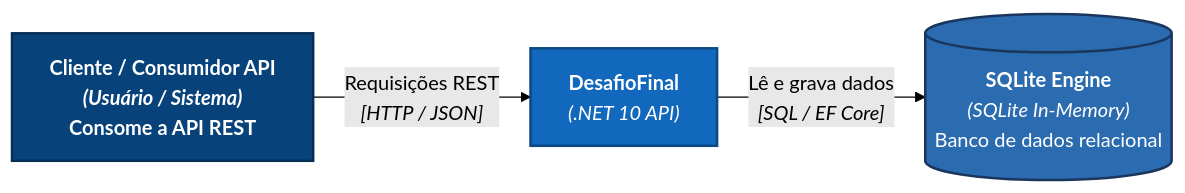
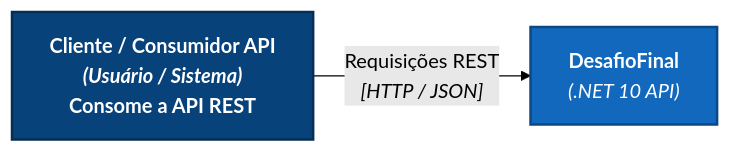
The first of 3 diagrams in DesafioFinal/README.md (JuliermeCosta/DesafioFinal), drawn with Mermaid (forest theme) before and after one commit.

Commit message:
Atualização no README.md

````diff
--- a/DesafioFinal/README.md
+++ b/DesafioFinal/README.md
@@ -4,21 +4,18 @@
 ```mermaid
 flowchart LR
     classDef boundaryStyle fill:#2d3748,stroke:#4a5568,stroke-width:2px,color:#fff,font-weight:bold;
     classDef actorStyle fill:#08427b,stroke:#052e56,stroke-width:2px,color:#fff,font-weight:bold;
     classDef systemStyle fill:#1168bd,stroke:#0b4884,stroke-width:2px,color:#fff;
     classDef extSystemStyle fill:#2b6cb0,stroke:#1a365d,stroke-width:2px,color:#fff;
 
     Cliente["<b>Cliente / Consumidor API</b><br/><i>(Usuário / Sistema)</i><br/>Consome a API REST"]
         
     DesafioFinal["<b>DesafioFinal</b><br/><i>(.NET 10 API)</i>"]
 
-    SQLite[("<b>SQLite Engine</b><br/><i>(SQLite In-Memory)</i><br/>Banco de dados relacional")]
-
     class Title boundaryStyle;
     class Cliente actorStyle;
     class DesafioFinal systemStyle;
     class SQLite extSystemStyle;
 
     Cliente -->|"Requisições REST<br/><i>[HTTP / JSON]</i>"| DesafioFinal
-    DesafioFinal -->|"Lê e grava dados<br/><i>[SQL / EF Core]</i>"| SQLite
 ```
````
